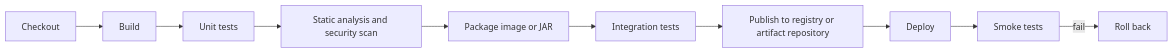
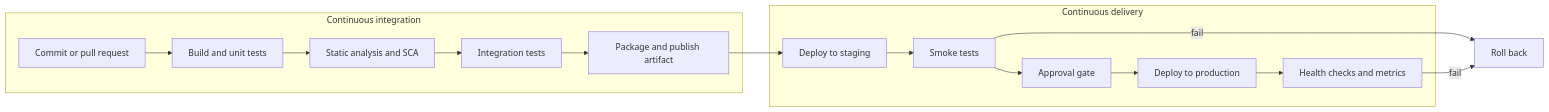
The diagram in docs/learning/17-cicd/continuous-integration.md (AthiraMohan14/Complete-Java-Resource-PlayBook), drawn with Mermaid before and after one commit. The commit also changed other lines of this file and 174 other files, not shown here.

````diff
--- a/docs/learning/17-cicd/continuous-integration.md
+++ b/docs/learning/17-cicd/continuous-integration.md
@@ -131,12 +41,18 @@
 ```mermaid
 flowchart LR
-    A[Checkout] --> B[Build]
-    B --> C[Unit tests]
-    C --> D[Static analysis and security scan]
-    D --> E[Package image or JAR]
-    E --> F[Integration tests]
-    F --> G[Publish to registry or artifact repository]
-    G --> H[Deploy]
-    H --> I[Smoke tests]
-    I -->|fail| J[Roll back]
+    subgraph CI[Continuous integration]
+        A[Commit or pull request] --> B[Build and unit tests]
+        B --> C[Static analysis and SCA]
+        C --> D[Integration tests]
+        D --> E[Package and publish artifact]
+    end
+    subgraph CD[Continuous delivery]
+        E --> F[Deploy to staging]
+        F --> G[Smoke tests]
+        G --> H[Approval gate]
+        H --> I[Deploy to production]
+        I --> J[Health checks and metrics]
+    end
+    G -->|fail| K[Roll back]
+    J -->|fail| K
 ```
````
